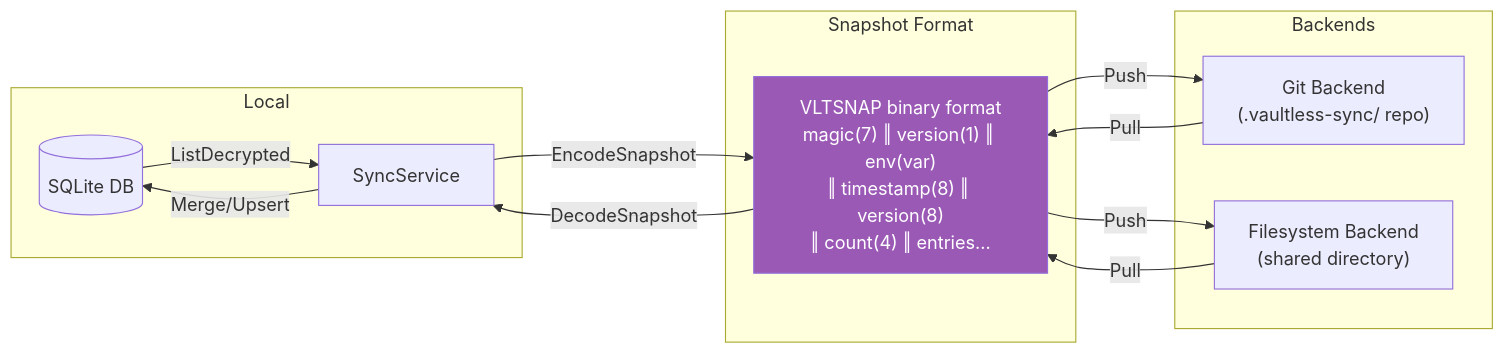
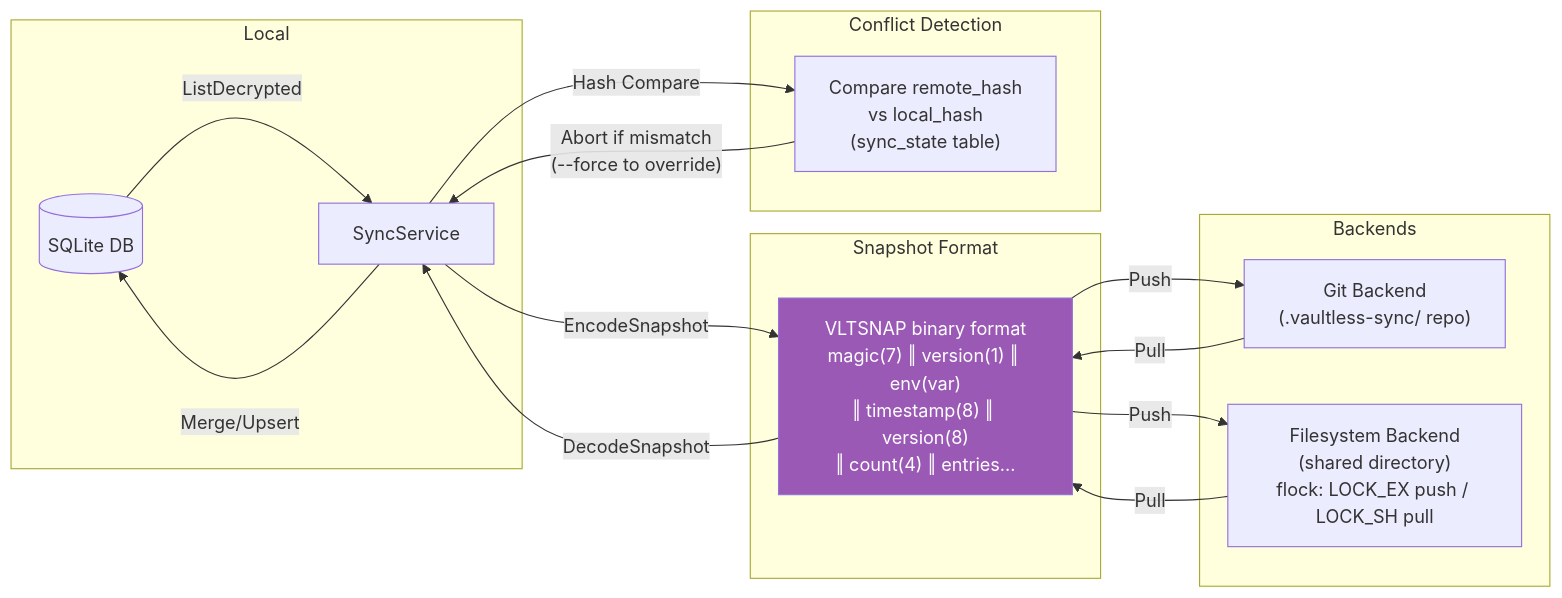
The fifth of 8 diagrams in ARCHITECTURE.md (ShravanthReddy/Vaultless), drawn with Mermaid before and after one commit. The commit also changed other lines of this file and 20 other files, not shown here.

````diff
--- a/ARCHITECTURE.md
+++ b/ARCHITECTURE.md
@@ -276,27 +276,33 @@
 ```mermaid
 graph LR
     subgraph "Local"
         DB[(SQLite DB)]
         SyncSvc["SyncService"]
     end
 
     subgraph "Snapshot Format"
         Snap["VLTSNAP binary format<br/>magic(7) ‖ version(1) ‖ env(var)<br/>‖ timestamp(8) ‖ version(8)<br/>‖ count(4) ‖ entries..."]
     end
 
+    subgraph "Conflict Detection"
+        HashCheck["Compare remote_hash<br/>vs local_hash<br/>(sync_state table)"]
+    end
+
     subgraph "Backends"
         Git["Git Backend<br/>(.vaultless-sync/ repo)"]
-        FS["Filesystem Backend<br/>(shared directory)"]
+        FS["Filesystem Backend<br/>(shared directory)<br/>flock: LOCK_EX push / LOCK_SH pull"]
     end
 
     DB -->|"ListDecrypted"| SyncSvc
     SyncSvc -->|"EncodeSnapshot"| Snap
+    SyncSvc -->|"Hash Compare"| HashCheck
+    HashCheck -->|"Abort if mismatch<br/>(--force to override)"| SyncSvc
     Snap -->|"Push"| Git
     Snap -->|"Push"| FS
     Git -->|"Pull"| Snap
     FS -->|"Pull"| Snap
     Snap -->|"DecodeSnapshot"| SyncSvc
     SyncSvc -->|"Merge/Upsert"| DB
 
     style Snap fill:#9b59b6,color:#fff
 ```
````
